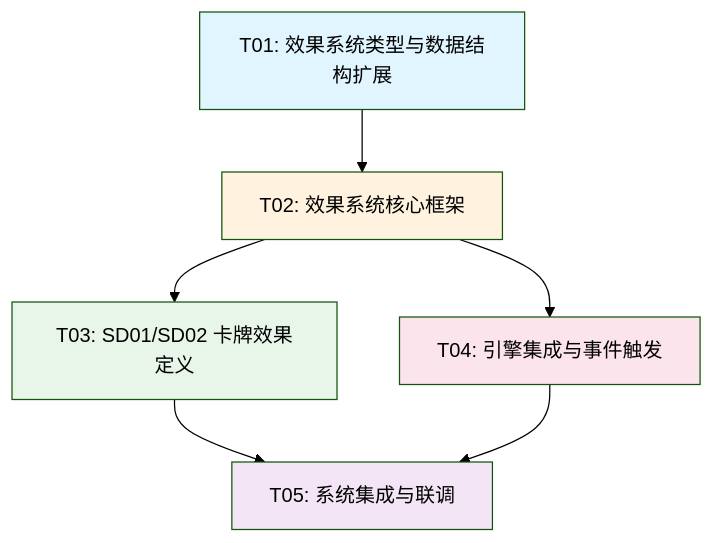
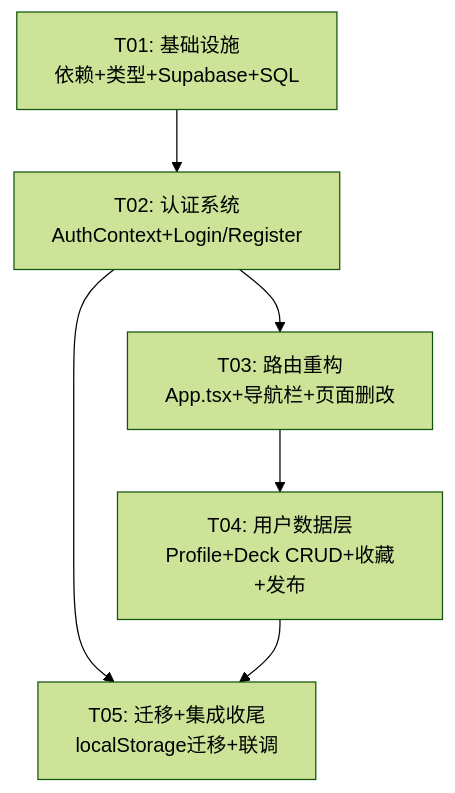
One commit to Testrunner-DC/Hero-Rush changed the diagram in docs/system_design.md. Above: the diagram before and after it, drawn with Mermaid (forest theme). The commit also changed other lines of this file and 42 other files, not shown here.

````diff
--- a/docs/system_design.md
+++ b/docs/system_design.md
@@ -618,20 +634,8 @@
 ```mermaid
 graph TD
-    T01[T01: 效果系统类型与数据结构扩展]
-    T02[T02: 效果系统核心框架]
-    T03[T03: SD01/SD02 卡牌效果定义]
-    T04[T04: 引擎集成与事件触发]
-    T05[T05: 系统集成与联调]
-
-    T01 --> T02
-    T02 --> T03
-    T02 --> T04
-    T03 --> T05
+    T01["T01: 基础设施<br/>依赖+类型+Supabase+SQL"] --> T02["T02: 认证系统<br/>AuthContext+Login/Register"]
+    T02 --> T03["T03: 路由重构<br/>App.tsx+导航栏+页面删改"]
+    T03 --> T04["T04: 用户数据层<br/>Profile+Deck CRUD+收藏+发布"]
+    T02 --> T05["T05: 迁移+集成收尾<br/>localStorage迁移+联调"]
     T04 --> T05
-
-    style T01 fill:#e1f5fe
-    style T02 fill:#fff3e0
-    style T03 fill:#e8f5e9
-    style T04 fill:#fce4ec
-    style T05 fill:#f3e5f5
 ```
````
